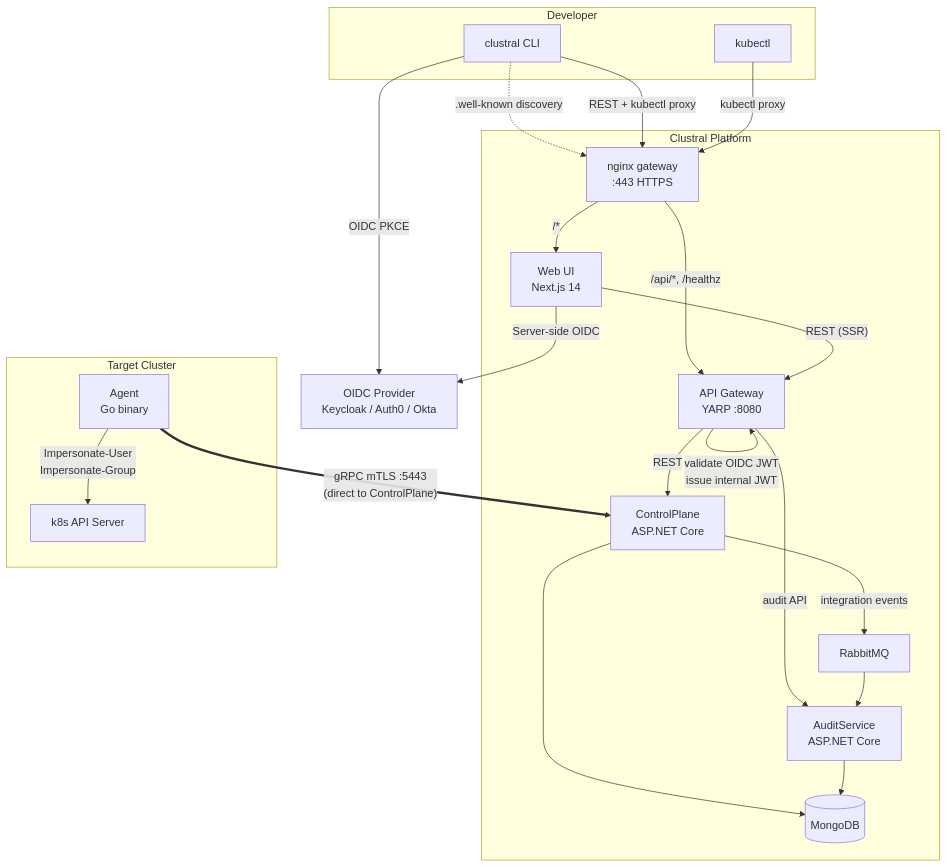
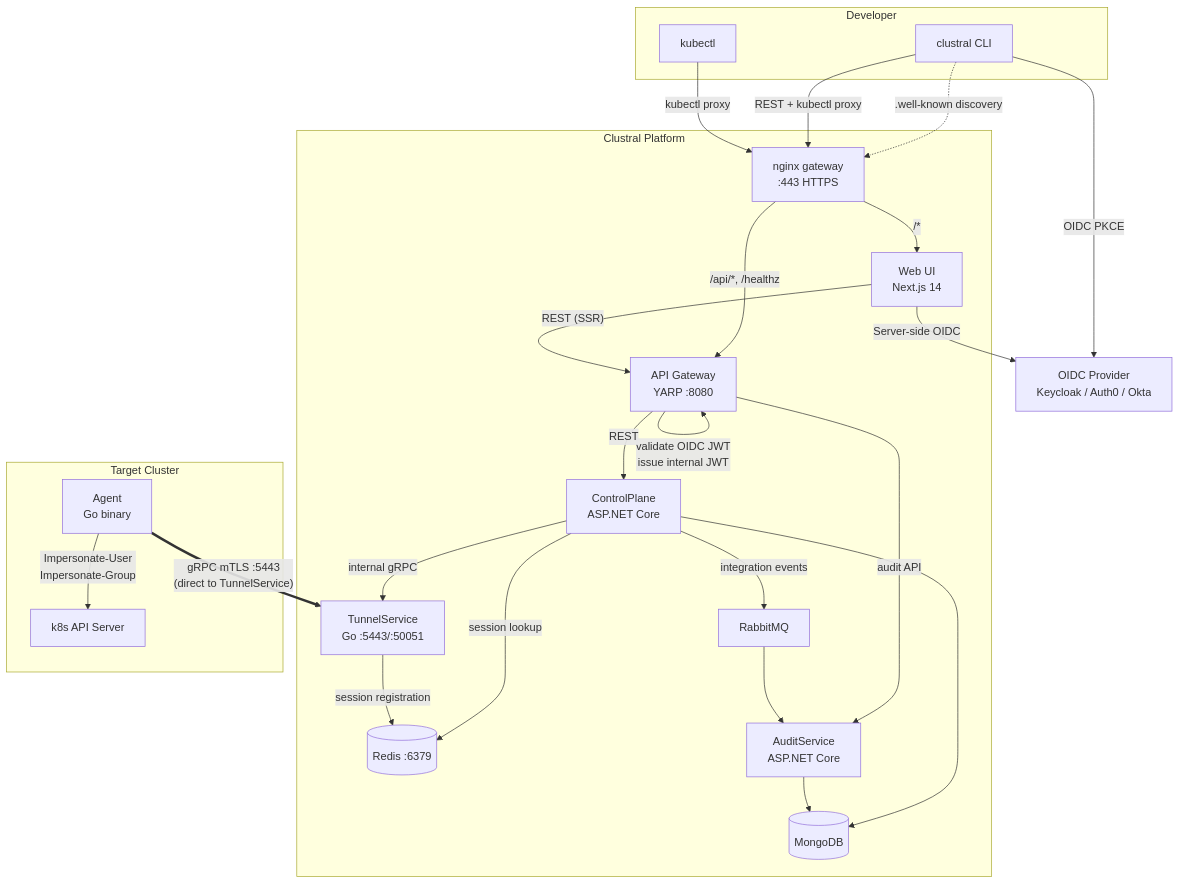
The first of 19 diagrams in README.md (Clustral/clustral), drawn with Mermaid before and after one commit. The commit also changed other lines of this file and 10 other files, not shown here.

First line of the commit message:
docs: update all diagrams + docs for TunnelService split (#4)

````diff
--- a/README.md
+++ b/README.md
@@ -18,42 +18,47 @@
 ```mermaid
 graph TB
     subgraph Developer
         CLI[clustral CLI]
         KB[kubectl]
     end
 
     subgraph "Clustral Platform"
         NGX[nginx gateway<br/>:443 HTTPS]
         WEB[Web UI<br/>Next.js 14]
         GW[API Gateway<br/>YARP :8080]
         CP[ControlPlane<br/>ASP.NET Core]
+        TUNNEL[TunnelService<br/>Go :5443/:50051]
+        REDIS[(Redis :6379)]
         RMQ[RabbitMQ]
         AUDIT[AuditService<br/>ASP.NET Core]
         DB[(MongoDB)]
     end
 
     OIDC[OIDC Provider<br/>Keycloak / Auth0 / Okta]
 
     subgraph "Target Cluster"
         AGENT[Agent<br/>Go binary]
         K8S[k8s API Server]
     end
 
     CLI -.->|".well-known discovery"| NGX
     CLI -->|REST + kubectl proxy| NGX
     KB -->|kubectl proxy| NGX
     NGX -->|"/api/*, /healthz"| GW
     NGX -->|"/*"| WEB
     GW -->|"validate OIDC JWT<br/>issue internal JWT"| GW
     GW -->|REST| CP
     GW -->|audit API| AUDIT
     CLI -->|OIDC PKCE| OIDC
     WEB -->|Server-side OIDC| OIDC
     WEB -->|"REST (SSR)"| GW
     CP --> DB
+    CP -->|session lookup| REDIS
+    CP -->|"internal gRPC"| TUNNEL
     CP -->|integration events| RMQ
     RMQ --> AUDIT
     AUDIT --> DB
-    AGENT ==>|"gRPC mTLS :5443<br/>(direct to ControlPlane)"| CP
+    TUNNEL -->|session registration| REDIS
+    AGENT ==>|"gRPC mTLS :5443<br/>(direct to TunnelService)"| TUNNEL
     AGENT -->|Impersonate-User<br/>Impersonate-Group| K8S
 ```
````
